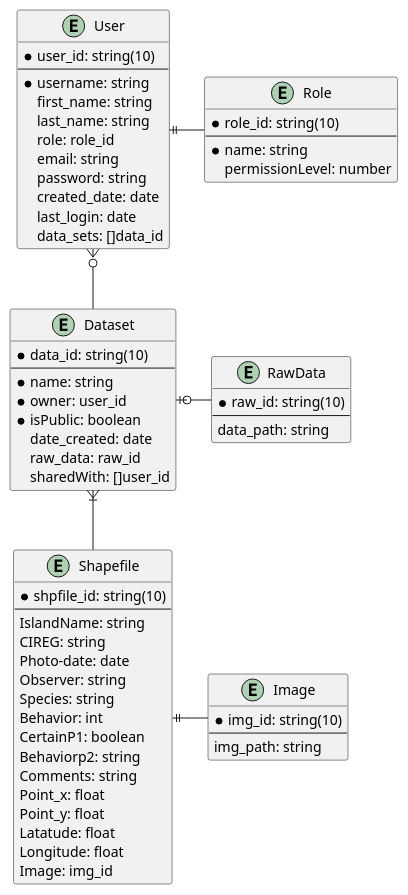
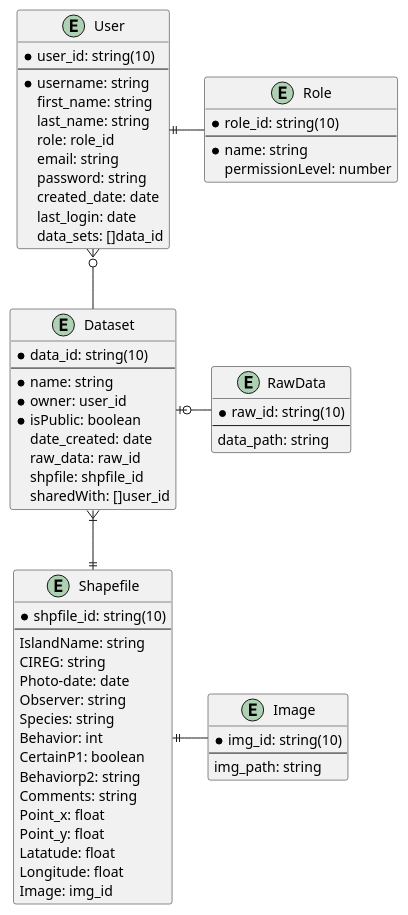
One commit to birdspotter-project/COS397 changed the diagram in Documentation/Deliverables/Software_Design_Document/source/EntityRelationship.wsd. Above: the diagram before and after it, drawn with PlantUML.

Commit message:
Change ER diagram to use forign key for ShapeFile Dataset relationship

```diff
--- a/Documentation/Deliverables/Software_Design_Document/source/EntityRelationship.wsd
+++ b/Documentation/Deliverables/Software_Design_Document/source/EntityRelationship.wsd
@@ -1,67 +1,68 @@
 @startuml ER-Diagram
 skinparam linetype ortho
 entity "User" as user {
     *user_id: string(10)
     --
     *username: string
     first_name: string
     last_name: string
     role: role_id
     email: string
     password: string
     created_date: date
     last_login: date
     data_sets: []data_id
 }
 entity "Dataset" as ds {
     *data_id: string(10) 
     --
     *name: string
     *owner: user_id
     *isPublic: boolean
     date_created: date
     raw_data: raw_id
+    shpfile: shpfile_id
     sharedWith: []user_id  
 }
 entity "Role" as role {
     *role_id: string(10) 
     --
     *name: string
     permissionLevel: number
 }
 
 entity "Shapefile" as shp {
     *shpfile_id: string(10) 
     --
     IslandName: string
     CIREG: string
     Photo-date: date
     Observer: string
     Species: string
     Behavior: int
     CertainP1: boolean
     Behaviorp2: string
     Comments: string
     Point_x: float
     Point_y: float
     Latatude: float
     Longitude: float
     Image: img_id
 }
 entity "Image" as img {
     *img_id: string(10)
     --
     img_path: string
 }
 entity "RawData" as raw {
     *raw_id: string(10)
     --
     data_path: string
 }
 
 user ||- role
 user }o-- ds
-ds }|-- shp
+ds }|--|| shp
 ds |o- raw
 shp ||- img
 @enduml
```
